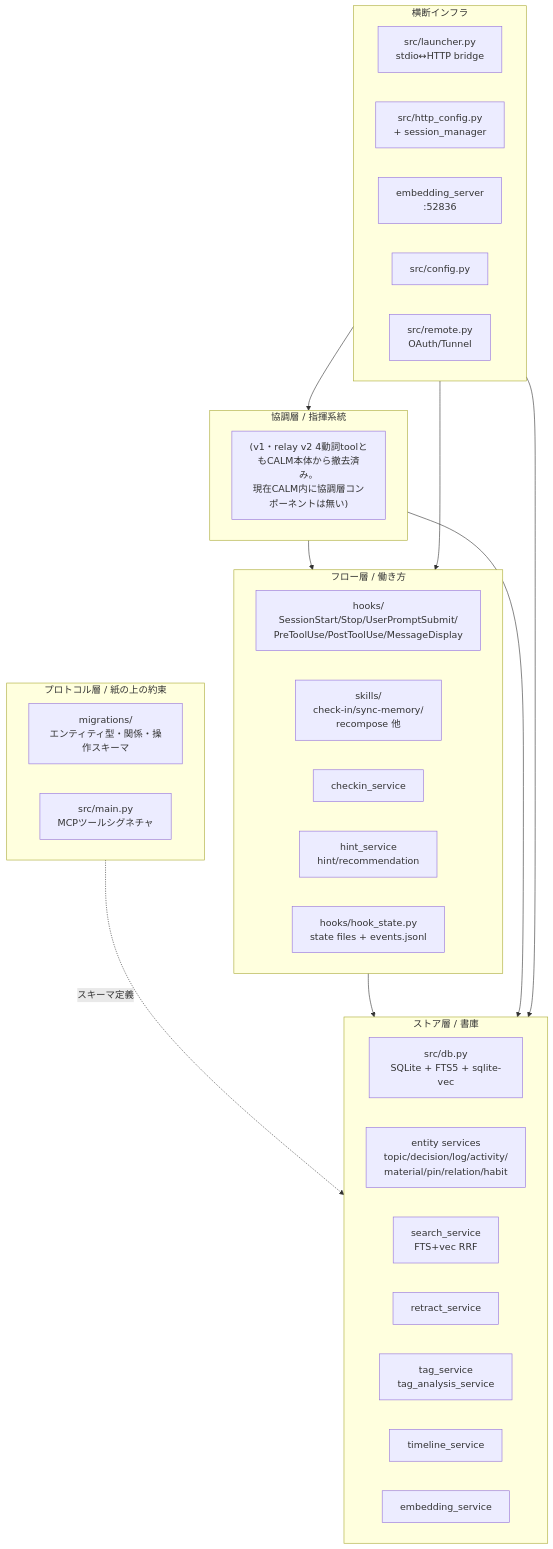
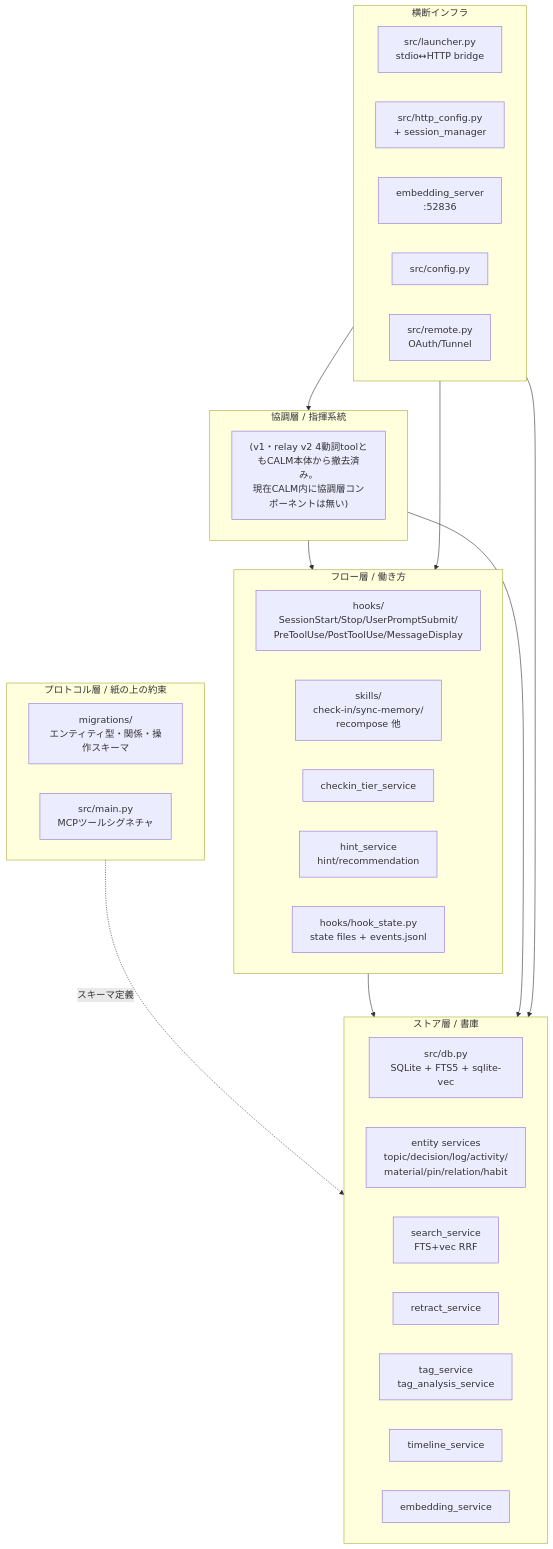
One commit to isizono/calm changed the first of 2 diagrams in docs/architecture/components.md. Above: the diagram before and after it, drawn with Mermaid. The commit also changed other lines of this file and 15 other files, not shown here.

````diff
--- a/docs/architecture/components.md
+++ b/docs/architecture/components.md
@@ -23,45 +23,45 @@
 ```mermaid
 graph TB
     subgraph Protocol["プロトコル層 / 紙の上の約束"]
         Migrations["migrations/<br/>エンティティ型・関係・操作スキーマ"]
         MCPSchema["src/main.py<br/>MCPツールシグネチャ"]
     end
 
     subgraph Store["ストア層 / 書庫"]
         DB["src/db.py<br/>SQLite + FTS5 + sqlite-vec"]
         EntityServices["entity services<br/>topic/decision/log/activity/<br/>material/pin/relation/habit"]
         SearchService["search_service<br/>FTS+vec RRF"]
         RetractService["retract_service"]
         TagService["tag_service<br/>tag_analysis_service"]
         TimelineService["timeline_service"]
         EmbeddingService["embedding_service"]
     end
 
     subgraph Flow["フロー層 / 働き方"]
         Hooks["hooks/<br/>SessionStart/Stop/UserPromptSubmit/<br/>PreToolUse/PostToolUse/MessageDisplay"]
         Skills["skills/<br/>check-in/sync-memory/<br/>recompose 他"]
-        CheckinService["checkin_service"]
+        CheckinService["checkin_tier_service"]
         HintService["hint_service<br/>hint/recommendation"]
         HookState["hooks/hook_state.py<br/>state files + events.jsonl"]
     end
 
     subgraph Coord["協調層 / 指揮系統"]
         RelayV2["(v1・relay v2 4動詞toolともCALM本体から撤去済み。<br/>現在CALM内に協調層コンポーネントは無い)"]
     end
 
     subgraph Infra["横断インフラ"]
         Launcher["src/launcher.py<br/>stdio↔HTTP bridge"]
         HTTPServer["src/http_config.py<br/>+ session_manager"]
         EmbeddingServer["embedding_server<br/>:52836"]
         Config["src/config.py"]
         Remote["src/remote.py<br/>OAuth/Tunnel"]
     end
 
     Protocol -.スキーマ定義.-> Store
     Flow --> Store
     Coord --> Store
     Coord --> Flow
     Infra --> Store
     Infra --> Flow
     Infra --> Coord
 ```
````
